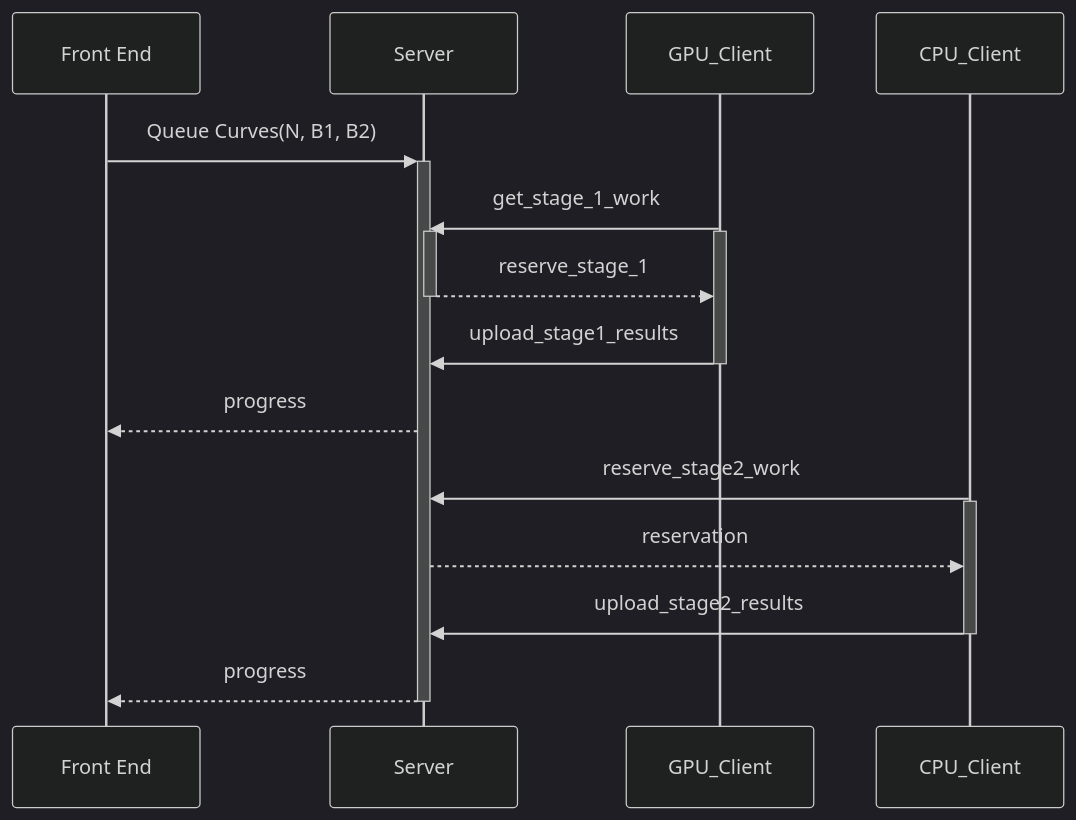
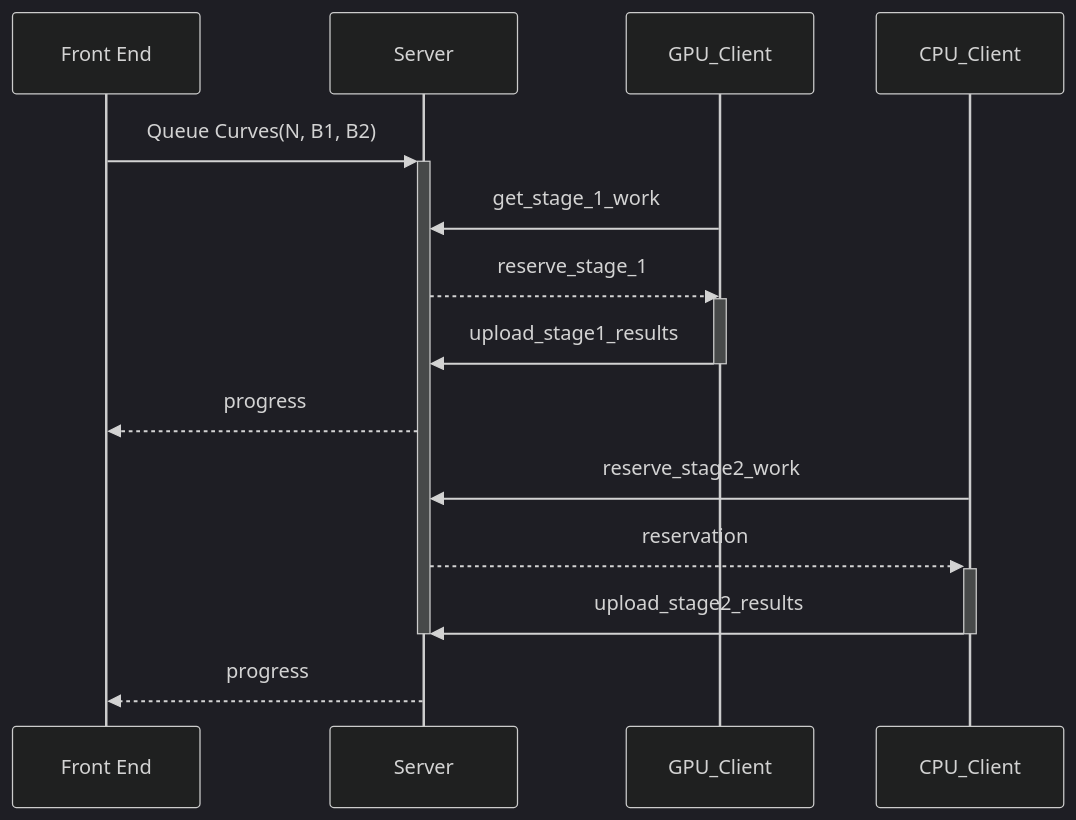
One commit to sethtroisi/ecm-db changed the diagram in README.md. Above: the diagram before and after it, drawn with Mermaid (dark theme). The commit also changed other lines of this file, not shown here.

````diff
--- a/README.md
+++ b/README.md
@@ -18,24 +19,23 @@
 ```mermaid
 sequenceDiagram;
     participant F as Front End
     participant S as Server
     participant GC as GPU_Client
     participant CC as CPU_Client
 
     F->>+S: Queue Curves(N, B1, B2)
 
-    GC->>+S: get_stage_1_work
+    GC->>S: get_stage_1_work
+    S-->>GC: reserve_stage_1
     activate GC
-    S-->>-GC: reserve_stage_1
     GC->>S: upload_stage1_results
     deactivate GC
     S-->>F: progress
 
     CC->>S: reserve_stage2_work
-    activate CC
-    S-->>CC: reservation
-    CC->>S: upload_stage2_results
-    deactivate CC
+    S-->>+CC: reservation
+    CC->>-S: upload_stage2_results
+    deactivate S
 
-    S-->>-F: progress
+    S-->>F: progress
 ```
````
